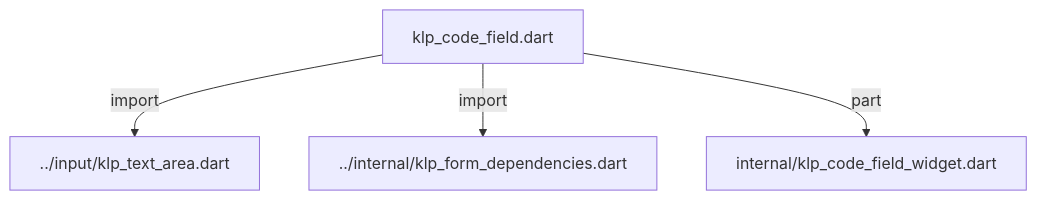
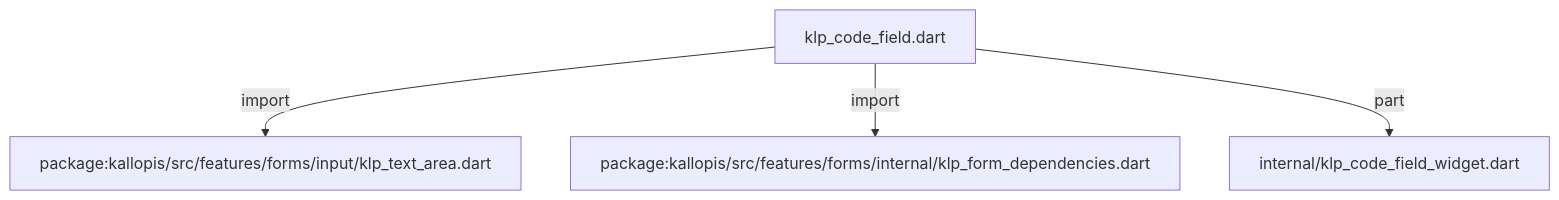
Before and after one commit to MiuDog/Kallopis: the diagram in docs/architecture/src/features/forms/structured/klp_code_field.md, drawn with Mermaid. The commit also changed other lines of this file and 9688 other files, not shown here.

Commit message:
Prepare isolated Flow F2 peer baseline

````diff
--- a/docs/architecture/src/features/forms/structured/klp_code_field.md
+++ b/docs/architecture/src/features/forms/structured/klp_code_field.md
@@ -11,10 +11,10 @@
 ```mermaid
 flowchart TD
 	n0["klp_code_field.dart"]
-	n1["../input/klp_text_area.dart"]
-	n2["../internal/klp_form_dependencies.dart"]
+	n1["package:kallopis/src/features/forms/input/klp_text_area.dart"]
+	n2["package:kallopis/src/features/forms/internal/klp_form_dependencies.dart"]
 	n3["internal/klp_code_field_widget.dart"]
 	n0 -->|"import"| n1
 	n0 -->|"import"| n2
 	n0 -->|"part"| n3
 ```
````
